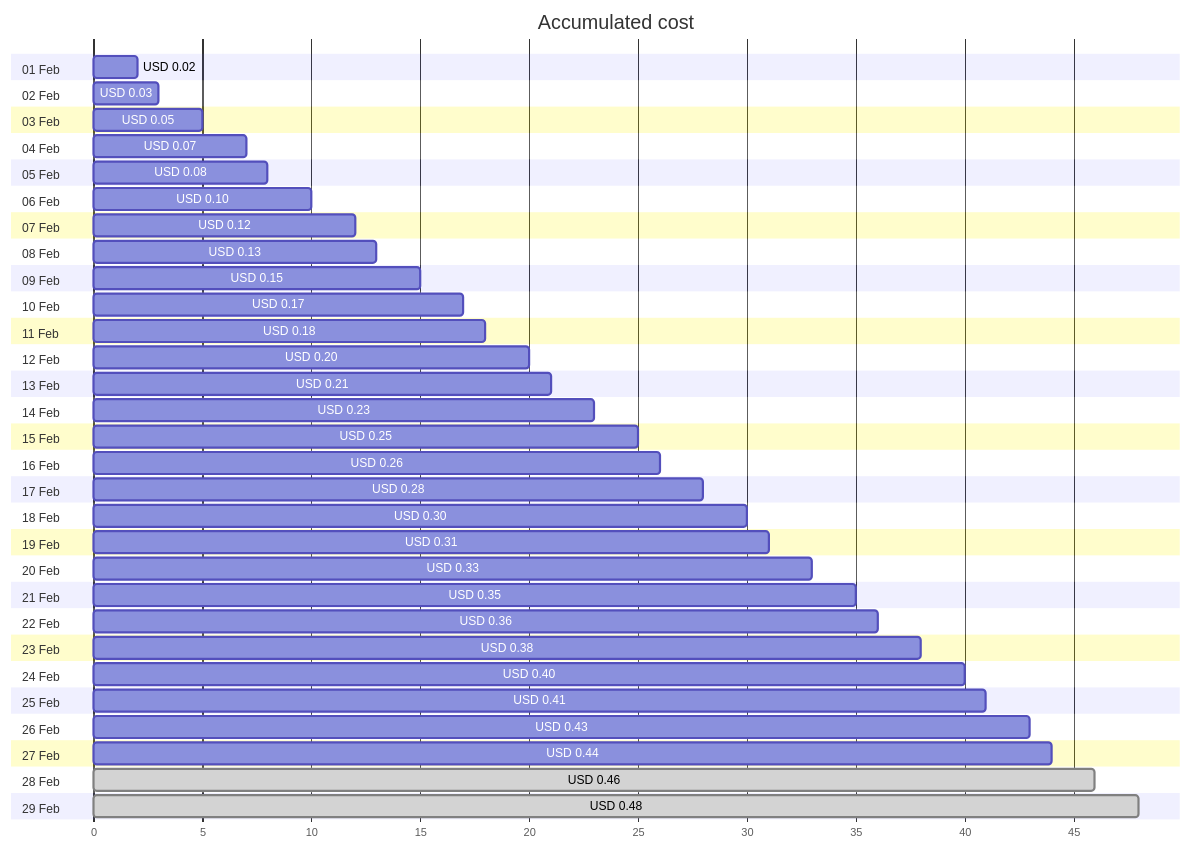
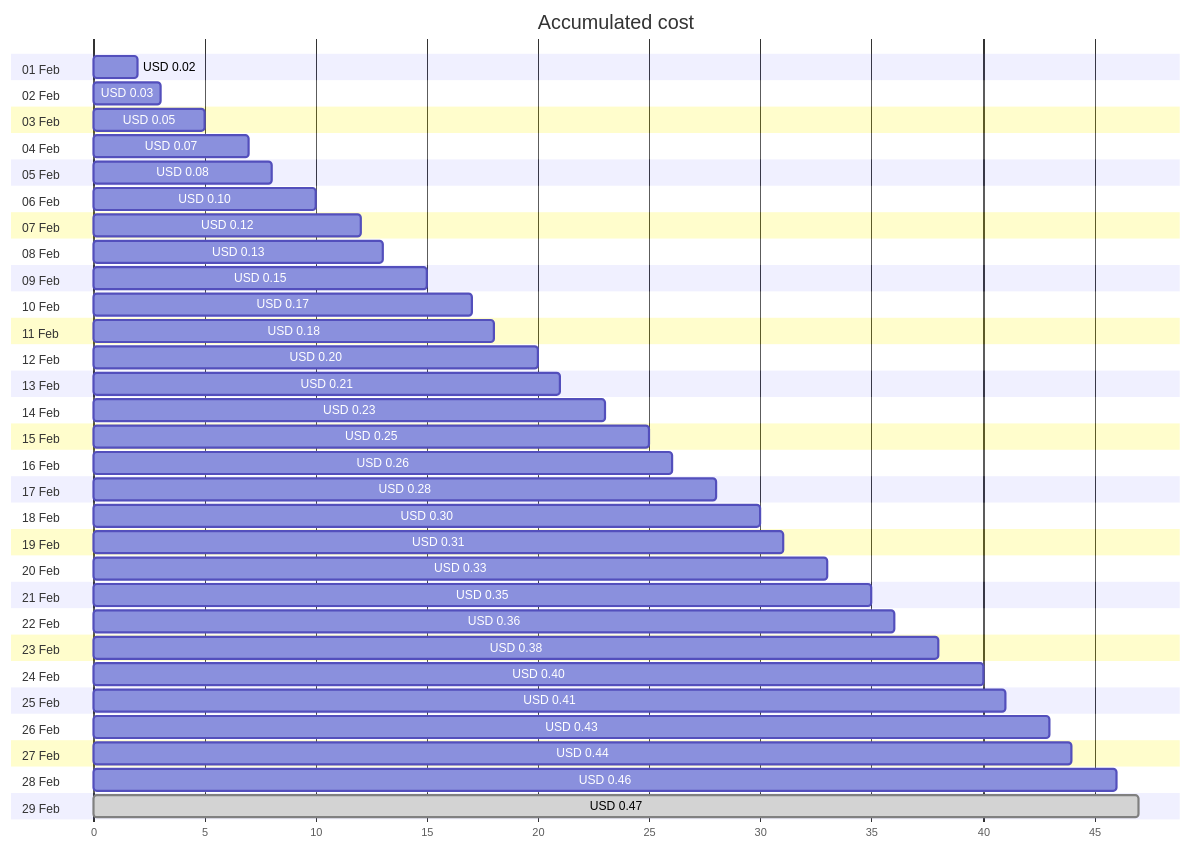
Before and after one commit to jpfulton/azure-personal-reports: the first of 4 diagrams in cost-reports/personal-dns/jpatrickfulton.dev.md, drawn with Mermaid. The commit also changed other lines of this file and 2 other files, not shown here.

````diff
--- a/cost-reports/personal-dns/jpatrickfulton.dev.md
+++ b/cost-reports/personal-dns/jpatrickfulton.dev.md
@@ -20,64 +20,64 @@
 ```mermaid
 gantt
    title Accumulated cost
    dateFormat  X
    axisFormat %s
    section 01 Feb
    USD 0.02 :0, 2
    section 02 Feb
    USD 0.03 :0, 3
    section 03 Feb
    USD 0.05 :0, 5
    section 04 Feb
    USD 0.07 :0, 7
    section 05 Feb
    USD 0.08 :0, 8
    section 06 Feb
    USD 0.10 :0, 10
    section 07 Feb
    USD 0.12 :0, 12
    section 08 Feb
    USD 0.13 :0, 13
    section 09 Feb
    USD 0.15 :0, 15
    section 10 Feb
    USD 0.17 :0, 17
    section 11 Feb
    USD 0.18 :0, 18
    section 12 Feb
    USD 0.20 :0, 20
    section 13 Feb
    USD 0.21 :0, 21
    section 14 Feb
    USD 0.23 :0, 23
    section 15 Feb
    USD 0.25 :0, 25
    section 16 Feb
    USD 0.26 :0, 26
    section 17 Feb
    USD 0.28 :0, 28
    section 18 Feb
    USD 0.30 :0, 30
    section 19 Feb
    USD 0.31 :0, 31
    section 20 Feb
    USD 0.33 :0, 33
    section 21 Feb
    USD 0.35 :0, 35
    section 22 Feb
    USD 0.36 :0, 36
    section 23 Feb
    USD 0.38 :0, 38
    section 24 Feb
    USD 0.40 :0, 40
    section 25 Feb
    USD 0.41 :0, 41
    section 26 Feb
    USD 0.43 :0, 43
    section 27 Feb
    USD 0.44 :0, 44
    section 28 Feb
-   USD 0.46 : done, 0, 46
+   USD 0.46 :0, 46
    section 29 Feb
-   USD 0.48 : done, 0, 48
+   USD 0.47 : done, 0, 47
 ```
````
